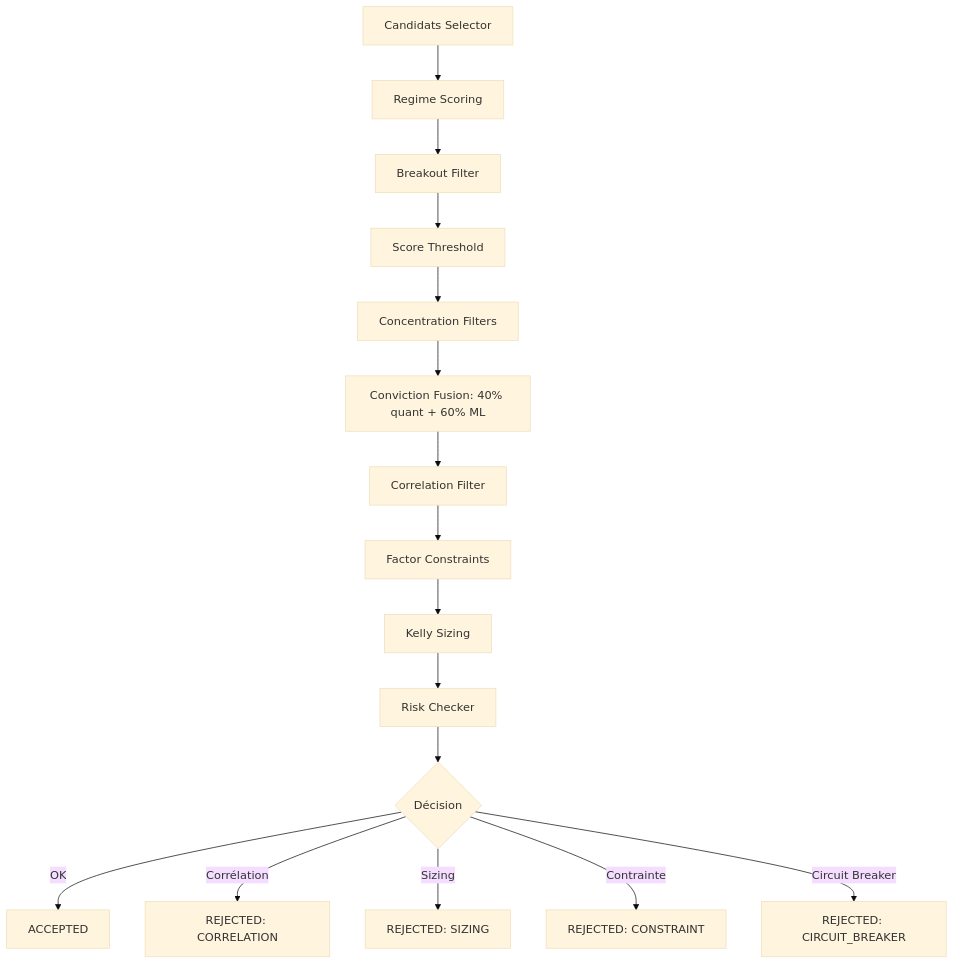
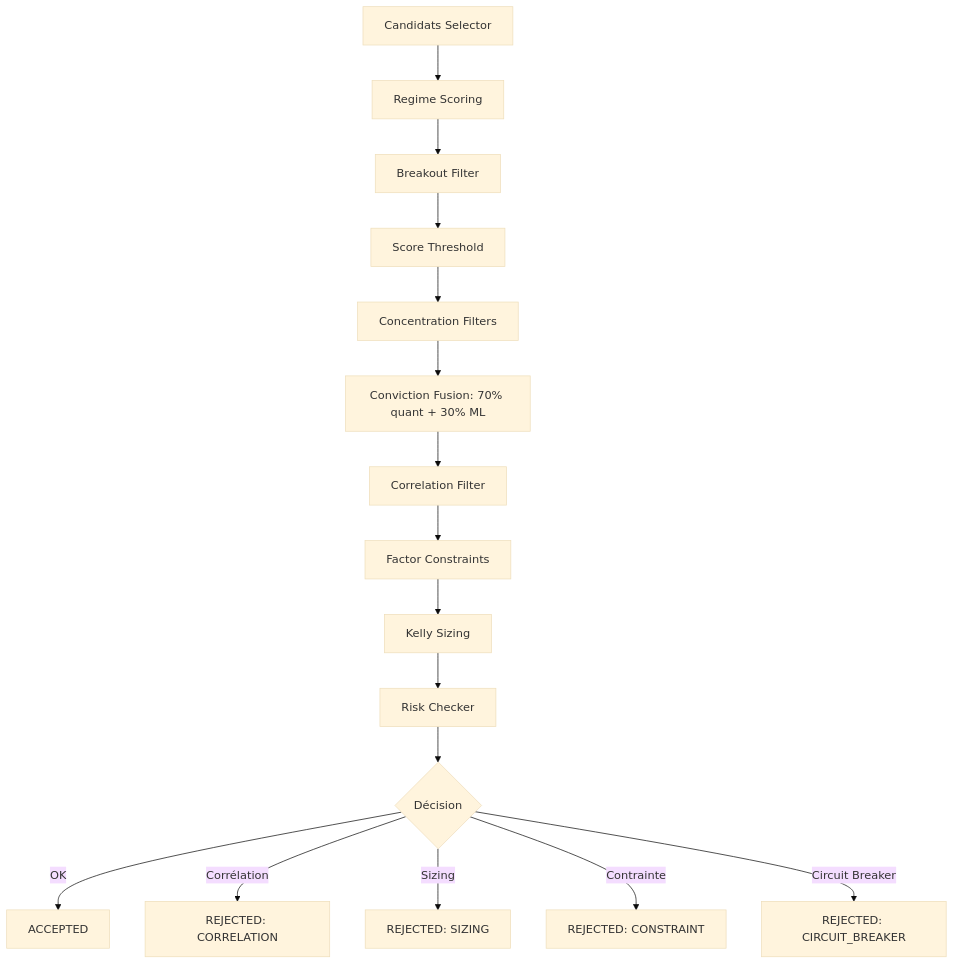
One commit to mli2000fr/alpha_trade changed the first of 2 diagrams in doc/synthese_long_short.md. Above: the diagram before and after it, drawn with Mermaid (base theme). The commit also changed other lines of this file and 2 other files, not shown here.

Commit message:
Réduire poids ML dans conviction (70/30)

````diff
--- a/doc/synthese_long_short.md
+++ b/doc/synthese_long_short.md
@@ -648,18 +648,18 @@
 ```mermaid
 graph TD
     A[Candidats Selector] --> B[Regime Scoring]
     B --> C[Breakout Filter]
     C --> D[Score Threshold]
     D --> E[Concentration Filters]
-    E --> F["Conviction Fusion: 40% quant + 60% ML"]
+    E --> F["Conviction Fusion: 70% quant + 30% ML"]
     F --> G[Correlation Filter]
     G --> H[Factor Constraints]
     H --> I[Kelly Sizing]
     I --> J[Risk Checker]
     J --> K{Décision}
     K -->|OK| L[ACCEPTED]
     K -->|Corrélation| M[REJECTED: CORRELATION]
     K -->|Sizing| N[REJECTED: SIZING]
     K -->|Contrainte| O[REJECTED: CONSTRAINT]
     K -->|Circuit Breaker| P[REJECTED: CIRCUIT_BREAKER]
 ```
````
